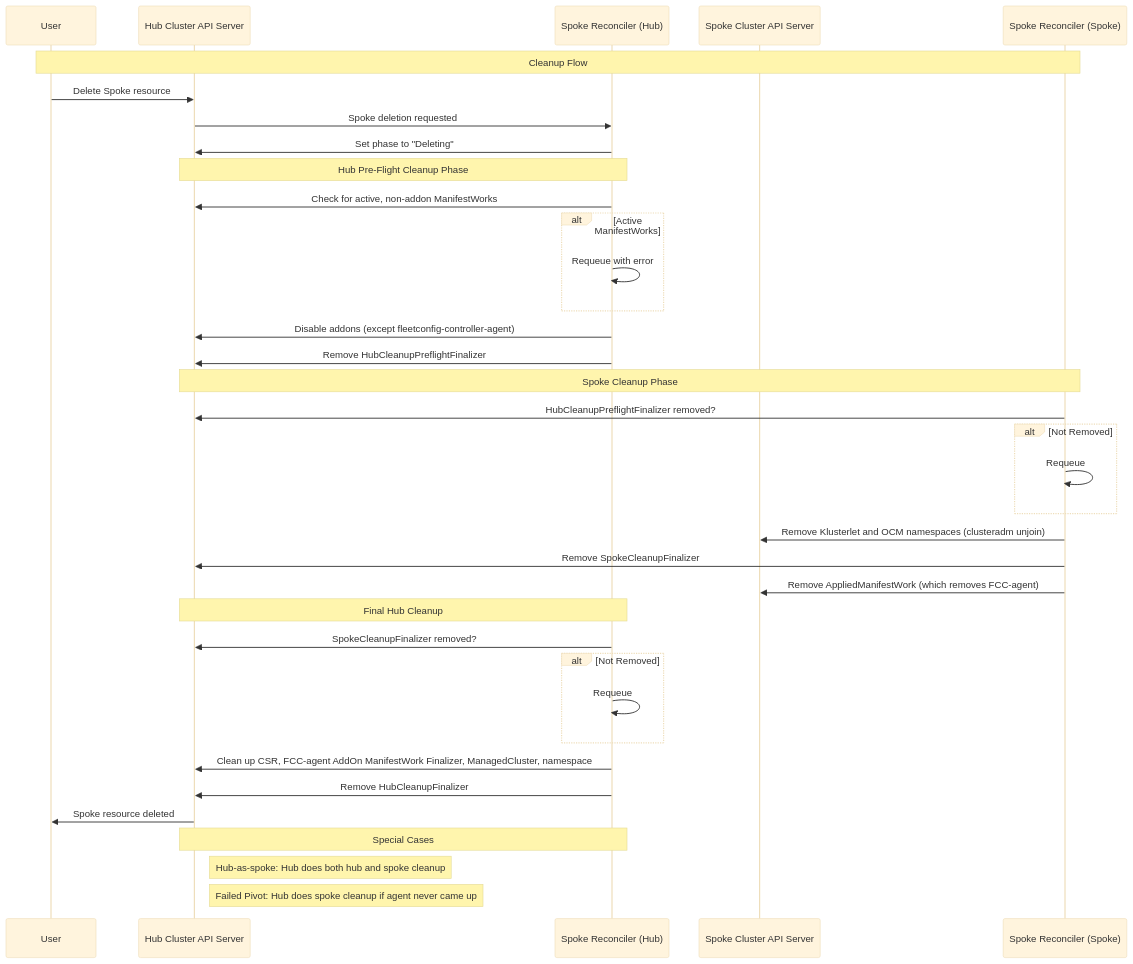
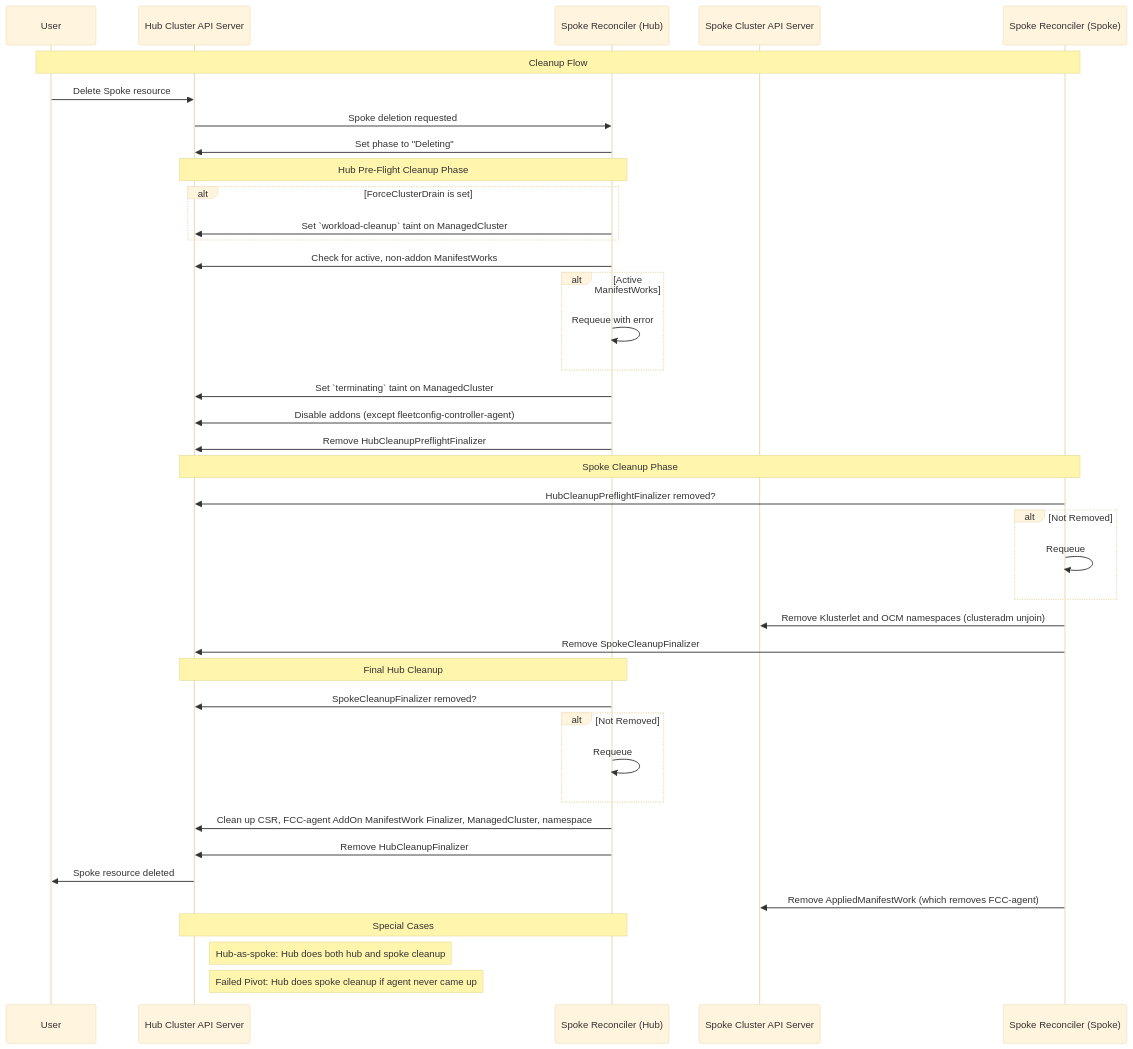
One commit to ahmad-ibra/ocm-lab changed the third of 4 diagrams in fleetconfig-controller/docs/2-phase-spoke-reconcile.md. Above: the diagram before and after it, drawn with Mermaid (base theme).

Commit message:
docs: update 2phase reconcile deletion diagram (#78)

````diff
--- a/fleetconfig-controller/docs/2-phase-spoke-reconcile.md
+++ b/fleetconfig-controller/docs/2-phase-spoke-reconcile.md
@@ -151,45 +151,49 @@
 ```mermaid
 sequenceDiagram
     participant User
     participant HubK8s as Hub Cluster API Server
     participant HubController as Spoke Reconciler (Hub)
     participant SpokeK8s as Spoke Cluster API Server
     participant SpokeController as Spoke Reconciler (Spoke)
 
     Note over User, SpokeController: Cleanup Flow
 
     User->>HubK8s: Delete Spoke resource
     HubK8s->>HubController: Spoke deletion requested
     HubController->>HubK8s: Set phase to "Deleting"
 
     Note over HubK8s, HubController: Hub Pre-Flight Cleanup Phase
+    alt ForceClusterDrain is set
+        HubController->>HubK8s: Set `workload-cleanup` taint on ManagedCluster
+    end
     HubController->>HubK8s: Check for active, non-addon ManifestWorks
     alt Active ManifestWorks
         HubController->>HubController: Requeue with error
     end
+    HubController->>HubK8s: Set `terminating` taint on ManagedCluster
     HubController->>HubK8s: Disable addons (except fleetconfig-controller-agent)
     HubController->>HubK8s: Remove HubCleanupPreflightFinalizer
     
     Note over HubK8s, SpokeController: Spoke Cleanup Phase
     SpokeController->>HubK8s: HubCleanupPreflightFinalizer removed?
     alt Not Removed
         SpokeController->>SpokeController: Requeue
     end
     SpokeController->>SpokeK8s: Remove Klusterlet and OCM namespaces (clusteradm unjoin)
     SpokeController->>HubK8s: Remove SpokeCleanupFinalizer
-    SpokeController->>SpokeK8s: Remove AppliedManifestWork (which removes FCC-agent)
 
     Note over HubK8s, HubController: Final Hub Cleanup
     HubController->>HubK8s: SpokeCleanupFinalizer removed?
     alt Not Removed
         HubController->>HubController: Requeue
     end
     HubController->>HubK8s: Clean up CSR, FCC-agent AddOn ManifestWork Finalizer, ManagedCluster, namespace
     HubController->>HubK8s: Remove HubCleanupFinalizer
     
     HubK8s->>User: Spoke resource deleted
+    SpokeController->>SpokeK8s: Remove AppliedManifestWork (which removes FCC-agent)
 
     Note over HubK8s, HubController: Special Cases
     Note right of HubK8s: Hub-as-spoke: Hub does both hub and spoke cleanup
     Note right of HubK8s: Failed Pivot: Hub does spoke cleanup if agent never came up
 ```
````
